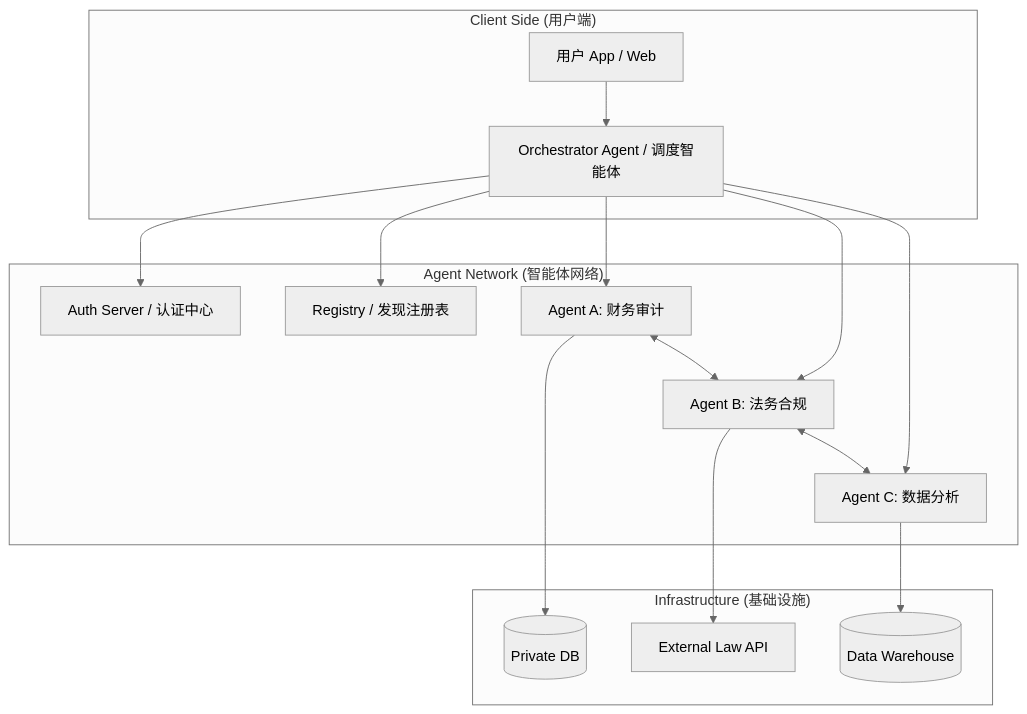
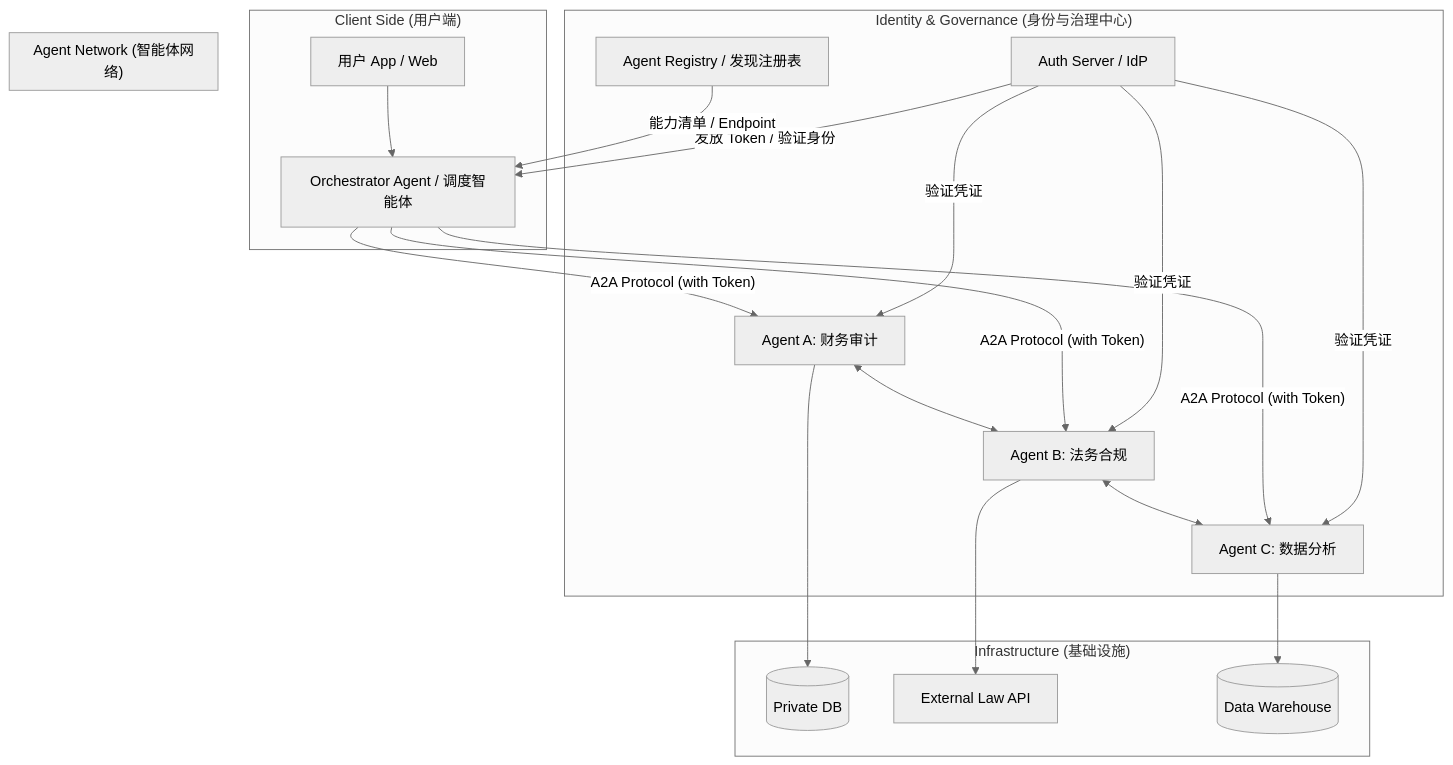
The first of 4 diagrams in ai/agent/A2A.md (neoguojing/docs), drawn with Mermaid (neutral theme) before and after one commit. The commit also changed other lines of this file, not shown here.

````diff
--- a/ai/agent/A2A.md
+++ b/ai/agent/A2A.md
@@ -150,24 +150,29 @@
 ```mermaid
 graph TD
     subgraph "Client Side (用户端)"
         UserApp[用户 App / Web] --> Orchestrator[Orchestrator Agent / 调度智能体]
     end
 
+    subgraph "Identity & Governance (身份与治理中心)"
+        AuthSrv[Auth Server / IdP] -- "发放 Token / 验证身份" --> Orchestrator
+        AuthSrv -- "验证凭证" --> AgentA
+        AuthSrv -- "验证凭证" --> AgentB
+        AuthSrv -- "验证凭证" --> AgentC
+        Discovery[Agent Registry / 发现注册表] -- "能力清单 / Endpoint" --> Orchestrator
+    end
+
     subgraph "Agent Network (智能体网络)"
-        Orchestrator --> AuthSrv[Auth Server / 认证中心]
-        Orchestrator --> Discovery[Registry / 发现注册表]
-        
-        Orchestrator --> AgentA[Agent A: 财务审计]
-        Orchestrator --> AgentB[Agent B: 法务合规]
-        Orchestrator --> AgentC[Agent C: 数据分析]
+        Orchestrator -- "A2A Protocol (with Token)" --> AgentA[Agent A: 财务审计]
+        Orchestrator -- "A2A Protocol (with Token)" --> AgentB[Agent B: 法务合规]
+        Orchestrator -- "A2A Protocol (with Token)" --> AgentC[Agent C: 数据分析]
         
         AgentA <--> AgentB
         AgentB <--> AgentC
     end
 
     subgraph "Infrastructure (基础设施)"
         AgentA --> DB1[(Private DB)]
         AgentB --> API1[External Law API]
         AgentC --> DB2[(Data Warehouse)]
     end
 ```
````
